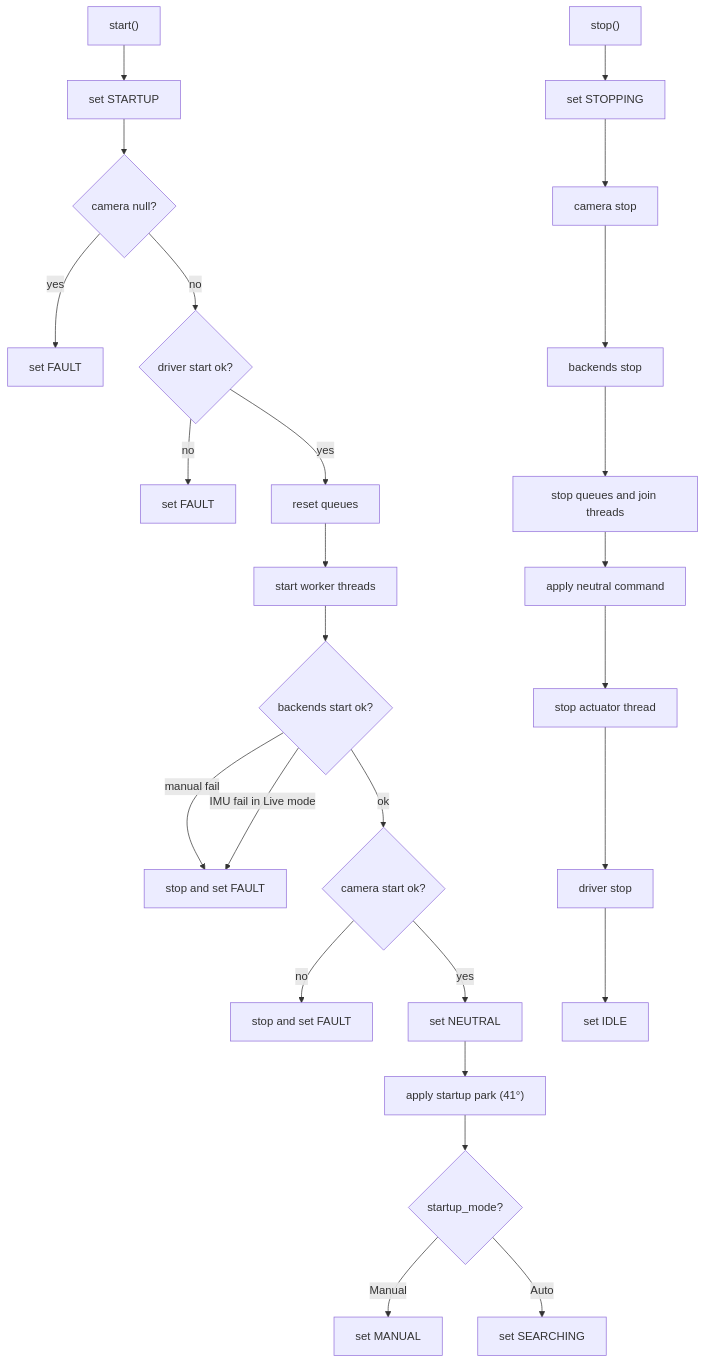
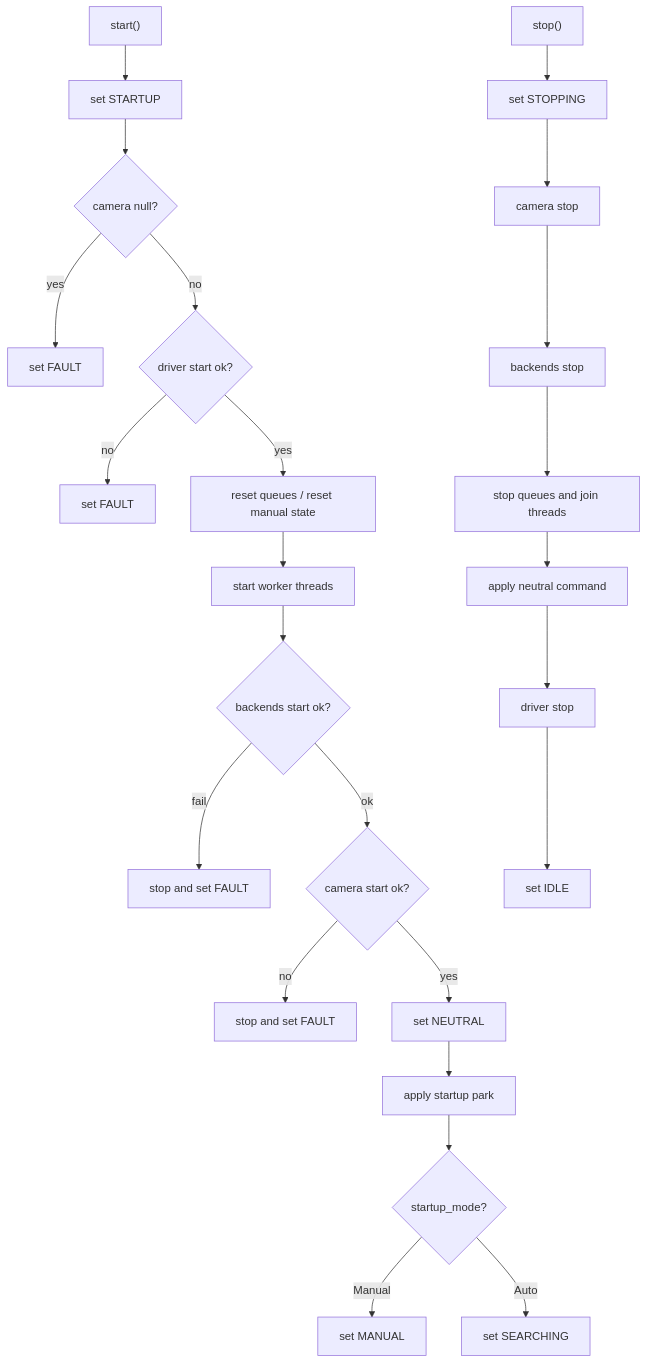
One commit to fadihalteh/sun2 changed the second of 3 diagrams in docs/state_machine.md. Above: the diagram before and after it, drawn with Mermaid. The commit also changed other lines of this file and 6 other files, not shown here.

````diff
--- a/docs/state_machine.md
+++ b/docs/state_machine.md
@@ -180,36 +180,33 @@
 ```mermaid
 flowchart TD
     A["start()"] --> B["set STARTUP"]
-
     B --> C{"camera null?"}
     C -- yes --> F1["set FAULT"]
 
     C -- no --> D{"driver start ok?"}
     D -- no --> F2["set FAULT"]
 
-    D -- yes --> E["reset queues"]
+    D -- yes --> E["reset queues / reset manual state"]
     E --> G["start worker threads"]
 
     G --> H{"backends start ok?"}
-    H -- manual fail --> F3["stop and set FAULT"]
-    H -- IMU fail in Live mode --> F3
+    H -- fail --> F3["stop and set FAULT"]
 
     H -- ok --> I{"camera start ok?"}
     I -- no --> F4["stop and set FAULT"]
 
     I -- yes --> J["set NEUTRAL"]
-    J --> K["apply startup park (41°)"]
+    J --> K["apply startup park"]
 
     K --> L{"startup_mode?"}
     L -- Manual --> M["set MANUAL"]
     L -- Auto --> N["set SEARCHING"]
 
     O["stop()"] --> P["set STOPPING"]
     P --> Q["camera stop"]
     Q --> R["backends stop"]
     R --> S["stop queues and join threads"]
     S --> T["apply neutral command"]
-    T --> U["stop actuator thread"]
-    U --> V["driver stop"]
-    V --> W["set IDLE"]
+    T --> U["driver stop"]
+    U --> W["set IDLE"]
 ```
````
